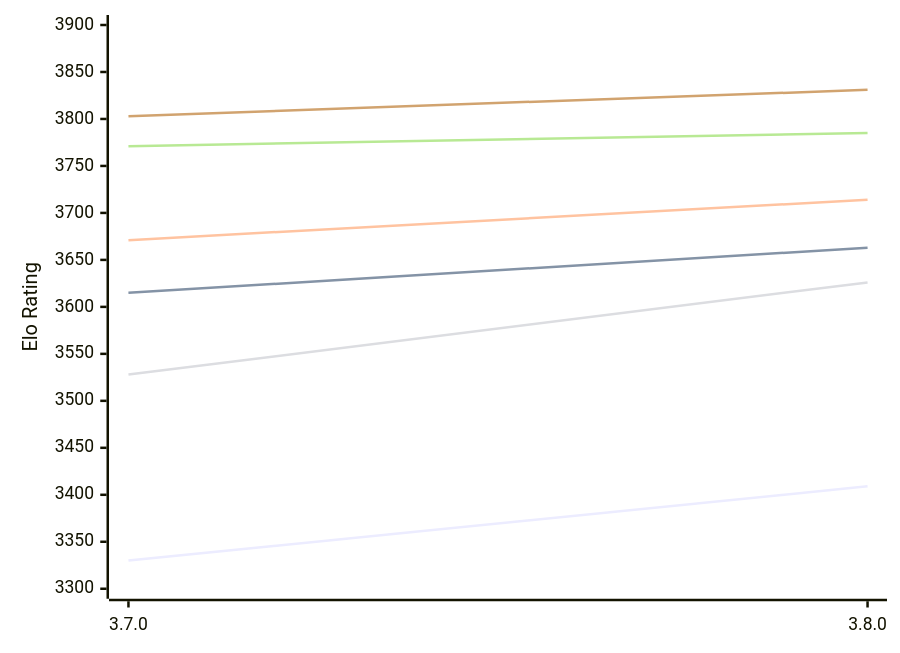
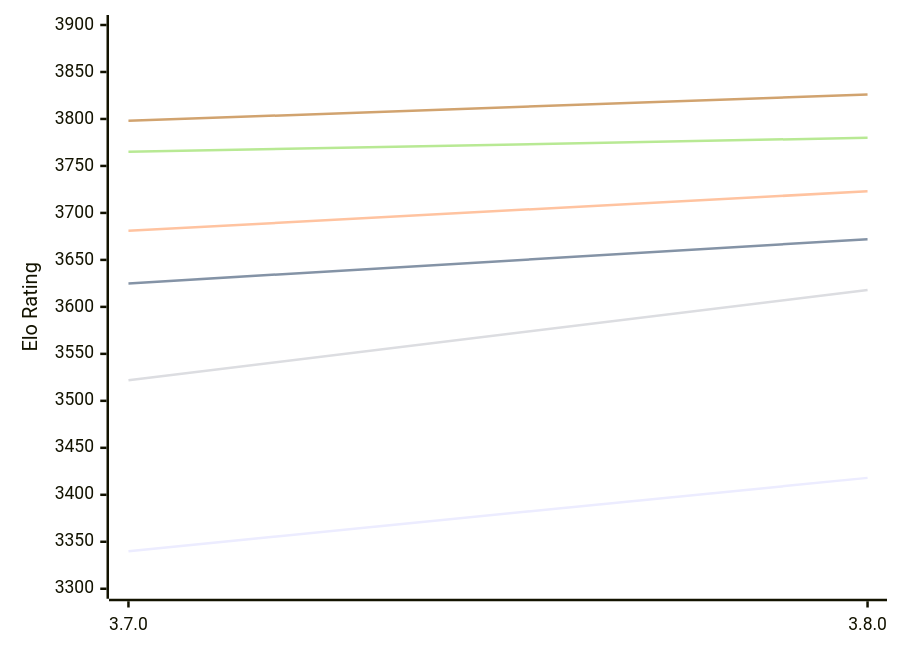
The first of 2 diagrams in engines/Igel.md (computer-chess-index/cci), drawn with Mermaid before and after one commit. The commit also changed other lines of this file, not shown here.

Commit message:
Update CCI Ratings (ELO VLTC) - 2026-11-06

````diff
--- a/engines/Igel.md
+++ b/engines/Igel.md
@@ -51,12 +51,12 @@
 ```mermaid
 %%{init: {"theme":"base","themeVariables":{"seriesColors:['#a3a3a3','#222221','#faa371']}}}%%
 xychart-beta
   x-axis ["3.7.0", "3.8.0"]
   y-axis "Elo Rating" 3300 --> 3900
-  line "E1: STC (8.0+0.08s)" [3330, 3409]
-  line "E1: LTC (60.0+0.60s)" [3615, 3663]
-  line "E1: VLTC (2m24s+1.12s)" [3671, 3714]
-  line "P1: STC (8.0+0.08s)" [3528, 3626]
-  line "P1: LTC (60.0+0.60s)" [3771, 3785]
-  line "P1: VLTC (2m24s+1.12s)" [3803, 3831]
+  line "E1: STC (8.0+0.08s)" [3340, 3418]
+  line "E1: LTC (60.0+0.60s)" [3625, 3672]
+  line "E1: VLTC (2m24s+1.12s)" [3681, 3723]
+  line "P1: STC (8.0+0.08s)" [3522, 3618]
+  line "P1: LTC (60.0+0.60s)" [3765, 3780]
+  line "P1: VLTC (2m24s+1.12s)" [3798, 3826]
 ```
````
